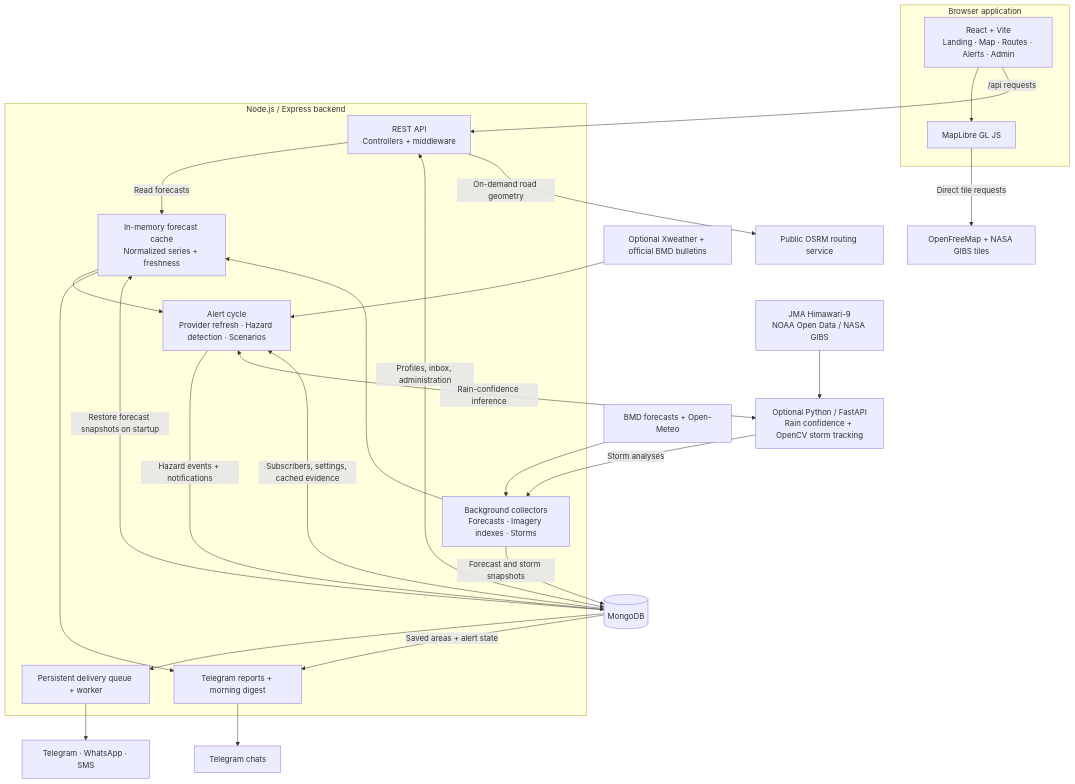
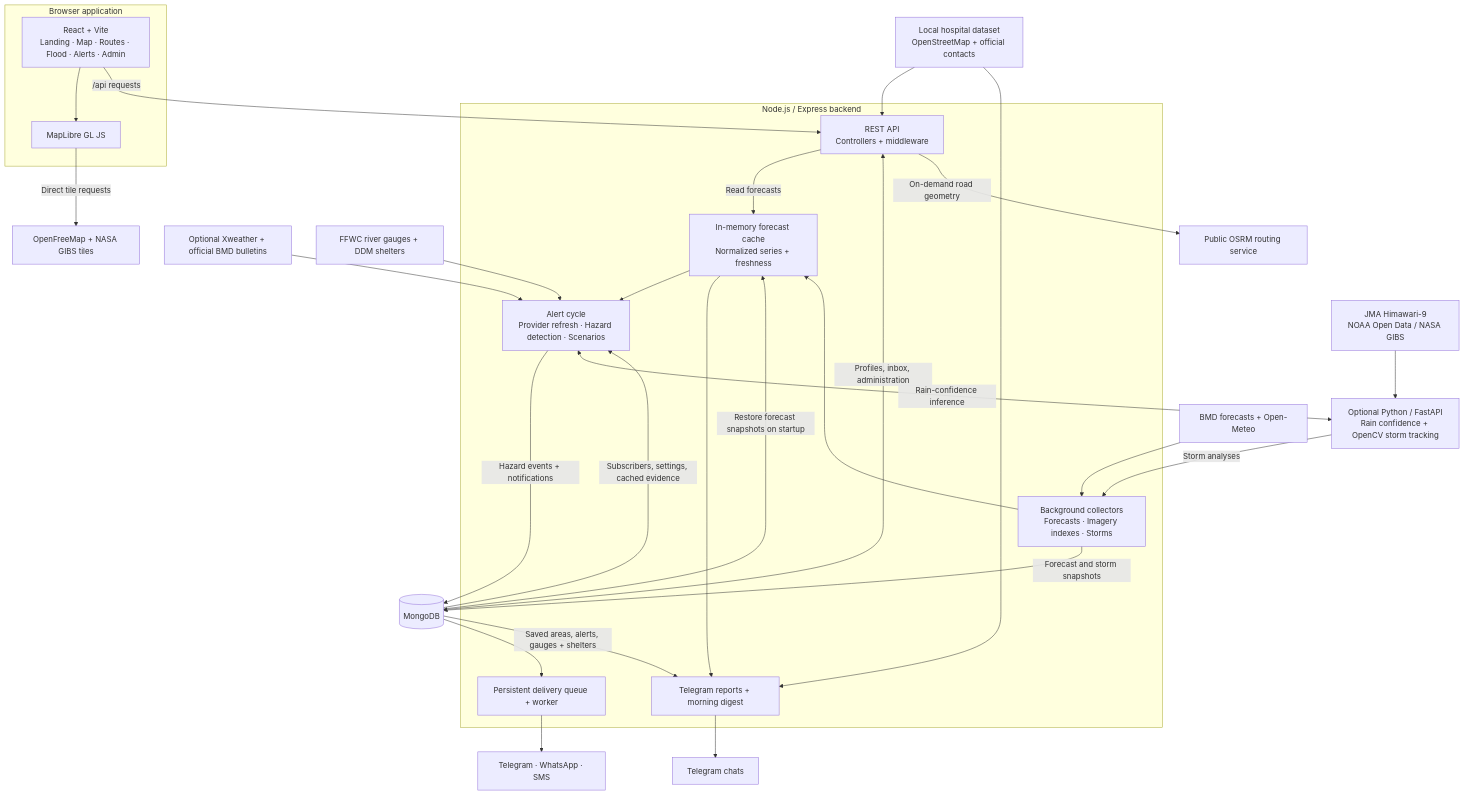
One commit to ayhanarashtasin/HackForHumanity_Hackathon changed the first of 2 diagrams in README.md. Above: the diagram before and after it, drawn with Mermaid. The commit also changed other lines of this file and 38 other files, not shown here.

First line of the commit message:
fix: prepare flood safety and hospital features for release

````diff
--- a/README.md
+++ b/README.md
@@ -69,49 +71,54 @@
 ```mermaid
 flowchart TB
     subgraph Browser["Browser application"]
-        UI["React + Vite<br/>Landing · Map · Routes · Alerts · Admin"]
+        UI["React + Vite<br/>Landing · Map · Routes · Flood · Alerts · Admin"]
         MAP["MapLibre GL JS"]
         UI --> MAP
     end
 
     subgraph Backend["Node.js / Express backend"]
         API["REST API<br/>Controllers + middleware"]
         JOBS["Background collectors<br/>Forecasts · Imagery indexes · Storms"]
         CACHE["In-memory forecast cache<br/>Normalized series + freshness"]
         ENGINE["Alert cycle<br/>Provider refresh · Hazard detection · Scenarios"]
         DELIVERY["Persistent delivery queue + worker"]
         BOT["Telegram reports + morning digest"]
     end
 
     DB[("MongoDB")]
     ML["Optional Python / FastAPI<br/>Rain confidence + OpenCV storm tracking"]
     WEATHER["BMD forecasts + Open-Meteo"]
     EXTRA["Optional Xweather + official BMD bulletins"]
+    FLOOD["FFWC river gauges + DDM shelters"]
+    HOSPITALS["Local hospital dataset<br/>OpenStreetMap + official contacts"]
     HIMAWARI["JMA Himawari-9<br/>NOAA Open Data / NASA GIBS"]
     TILES["OpenFreeMap + NASA GIBS tiles"]
     OSRM["Public OSRM routing service"]
     CHANNELS["Telegram · WhatsApp · SMS"]
     TELEGRAM["Telegram chats"]
 
     UI -->|"/api requests"| API
     MAP -->|"Direct tile requests"| TILES
     API -->|"Read forecasts"| CACHE
     API <-->|"Profiles, inbox, administration"| DB
     API -->|"On-demand road geometry"| OSRM
+    HOSPITALS --> API
+    HOSPITALS --> BOT
     WEATHER --> JOBS
     JOBS --> CACHE
     JOBS -->|"Forecast and storm snapshots"| DB
     DB -->|"Restore forecast snapshots on startup"| CACHE
     EXTRA --> ENGINE
+    FLOOD --> ENGINE
     CACHE --> ENGINE
     DB -->|"Subscribers, settings, cached evidence"| ENGINE
     ENGINE -->|"Hazard events + notifications"| DB
     ENGINE <-->|"Rain-confidence inference"| ML
     HIMAWARI --> ML
     ML -->|"Storm analyses"| JOBS
     DB --> DELIVERY
     DELIVERY --> CHANNELS
     CACHE --> BOT
-    DB -->|"Saved areas + alert state"| BOT
+    DB -->|"Saved areas, alerts, gauges + shelters"| BOT
     BOT --> TELEGRAM
 ```
````
